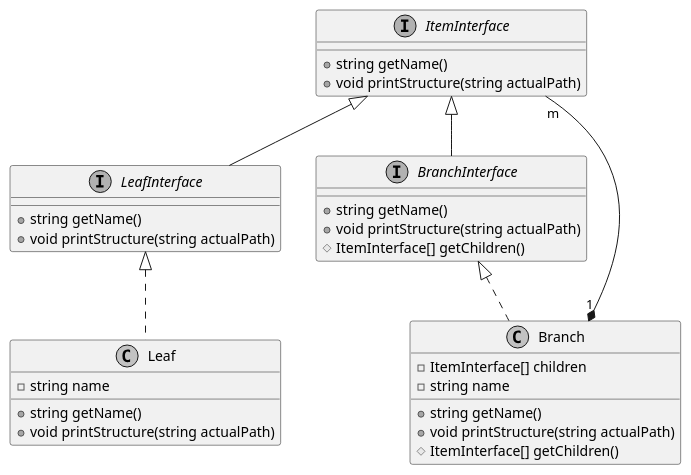
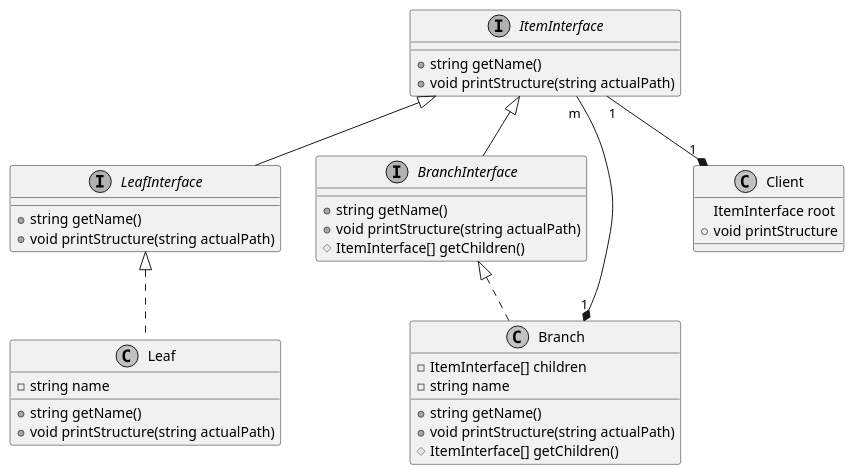
One commit to mbadal/design-patterns-workshop changed the diagram in docs/uml/composite.puml. Above: the diagram before and after it, drawn with PlantUML.

Commit message:
Updated composite diagram

```diff
--- a/docs/uml/composite.puml
+++ b/docs/uml/composite.puml
@@ -1,43 +1,49 @@
 @startuml
 
 skinparam monochrome true
 
 interface ItemInterface {
     +string getName()
     +void printStructure(string actualPath)
 }
 
 interface LeafInterface {
     +string getName()
     +void printStructure(string actualPath)
 }
 
 interface BranchInterface {
     +string getName()
     +void printStructure(string actualPath)
     #ItemInterface[] getChildren()
 }
 
 class Leaf {
     -string name
     +string getName()
     +void printStructure(string actualPath)
 }
 
 class Branch {
     -ItemInterface[] children
     -string name
     +string getName()
     +void printStructure(string actualPath)
     #ItemInterface[] getChildren()
 
 }
 
+class Client {
+    ItemInterface root
+    +void printStructure
+}
+
 ItemInterface <|-- LeafInterface
 ItemInterface <|-- BranchInterface
 LeafInterface <|.. Leaf
 BranchInterface <|.. Branch
 ItemInterface "m" --* "1" Branch
+ItemInterface "1" --* "1" Client
 
 
 @enduml
```
